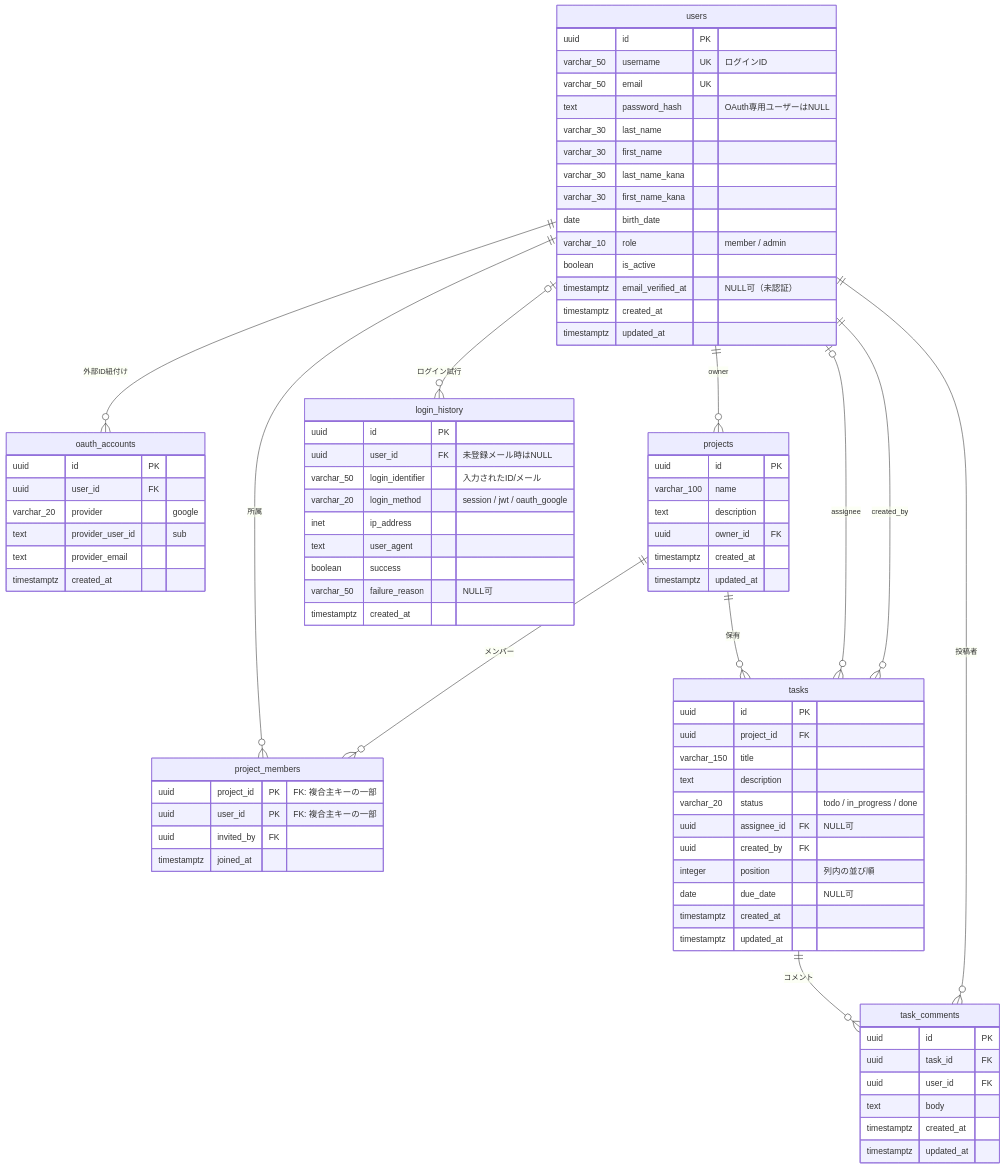
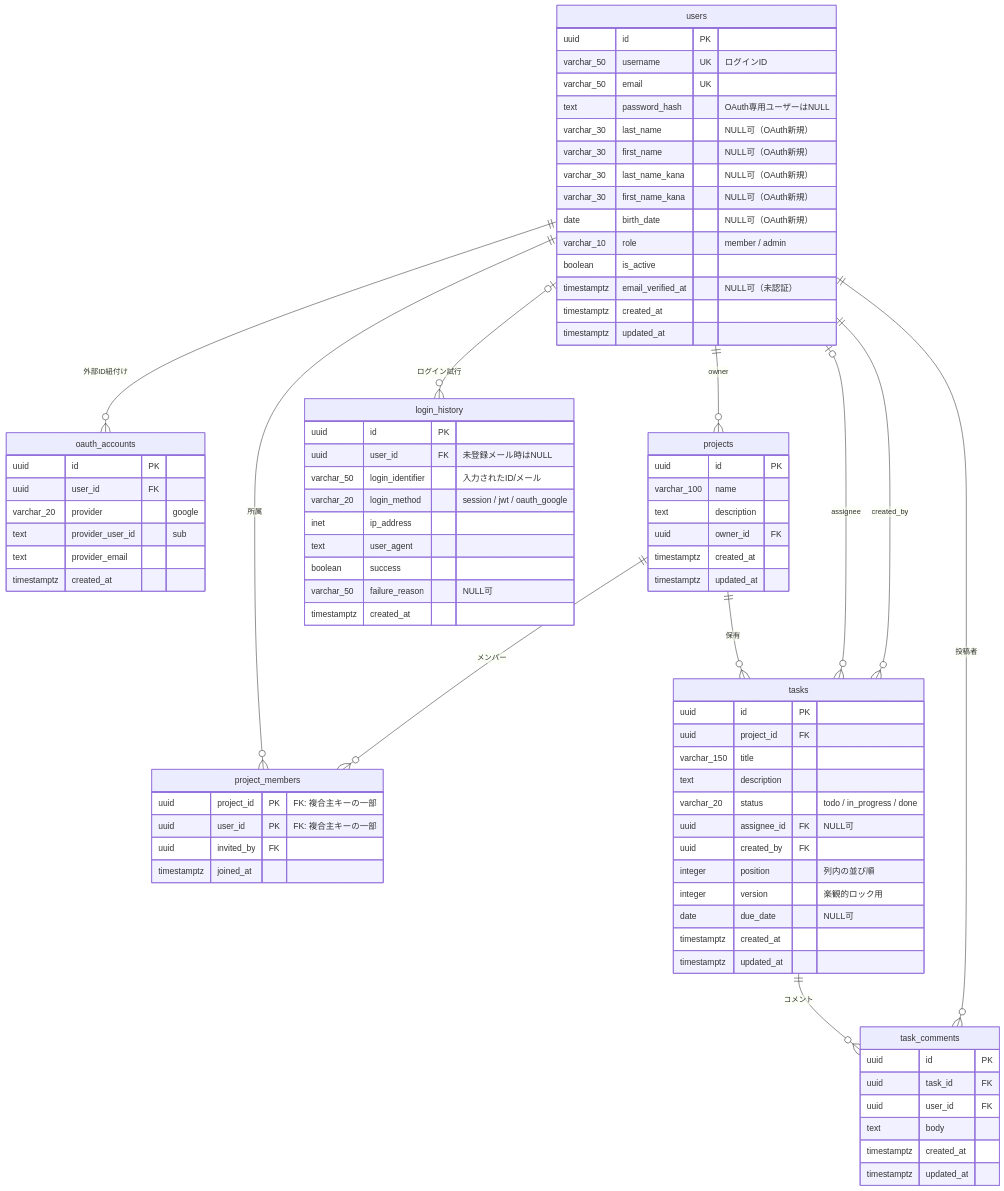
One commit to oikawa-d/task_management changed the first of 5 diagrams in basic_design/01_database.md. Above: the diagram before and after it, drawn with Mermaid. The commit also changed other lines of this file and 15 other files, not shown here.

```diff
--- a/basic_design/01_database.md
+++ b/basic_design/01_database.md
@@ -36,11 +36,11 @@
         varchar_50 username UK "ログインID"
         varchar_50 email UK
         text password_hash "OAuth専用ユーザーはNULL"
-        varchar_30 last_name
-        varchar_30 first_name
-        varchar_30 last_name_kana
-        varchar_30 first_name_kana
-        date birth_date
+        varchar_30 last_name "NULL可（OAuth新規）"
+        varchar_30 first_name "NULL可（OAuth新規）"
+        varchar_30 last_name_kana "NULL可（OAuth新規）"
+        varchar_30 first_name_kana "NULL可（OAuth新規）"
+        date birth_date "NULL可（OAuth新規）"
         varchar_10 role "member / admin"
         boolean is_active
         timestamptz email_verified_at "NULL可（未認証）"
@@ -78,6 +78,7 @@
         uuid assignee_id FK "NULL可"
         uuid created_by FK
         integer position "列内の並び順"
+        integer version "楽観的ロック用"
         date due_date "NULL可"
         timestamptz created_at
         timestamptz updated_at
```
